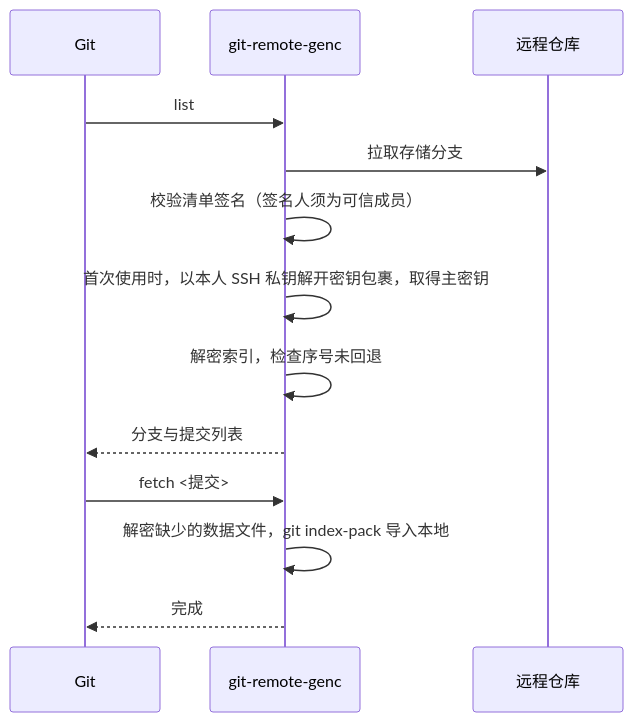
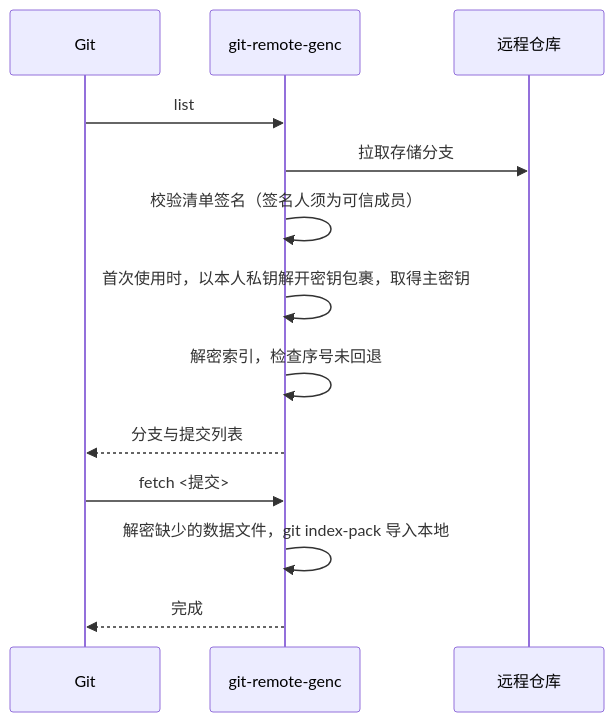
One commit to MyCodeKits/git-protect-extension changed the second of 2 diagrams in README.md. Above: the diagram before and after it, drawn with Mermaid. The commit also changed other lines of this file and 5 other files, not shown here.

First line of the commit message:
docs: document the member onboarding flow and drop "SSH key" wording

````diff
--- a/README.md
+++ b/README.md
@@ -330,15 +354,15 @@
 ```mermaid
 sequenceDiagram
     participant G as Git
     participant H as git-remote-genc
     participant R as 远程仓库
     G->>H: list
     H->>R: 拉取存储分支
     H->>H: 校验清单签名（签名人须为可信成员）
-    H->>H: 首次使用时，以本人 SSH 私钥解开密钥包裹，取得主密钥
+    H->>H: 首次使用时，以本人私钥解开密钥包裹，取得主密钥
     H->>H: 解密索引，检查序号未回退
     H-->>G: 分支与提交列表
     G->>H: fetch <提交>
     H->>H: 解密缺少的数据文件，git index-pack 导入本地
     H-->>G: 完成
 ```
````
